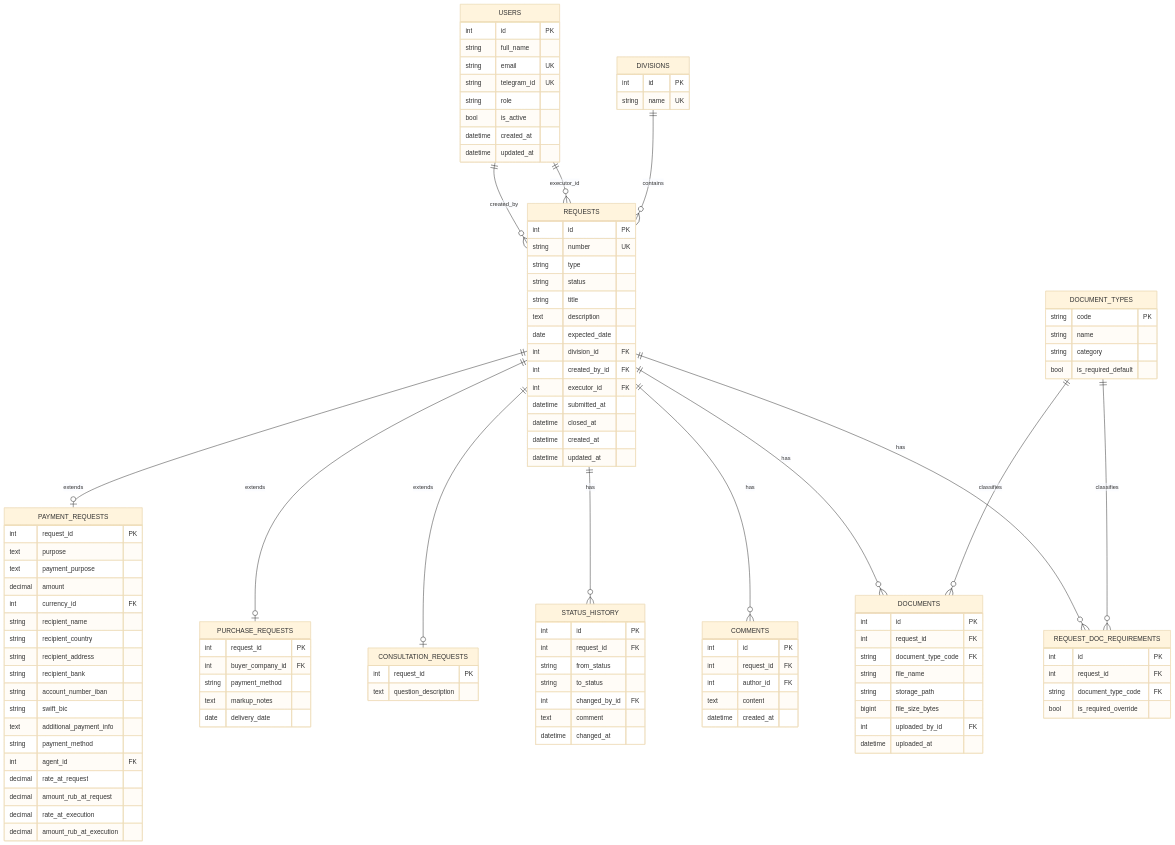
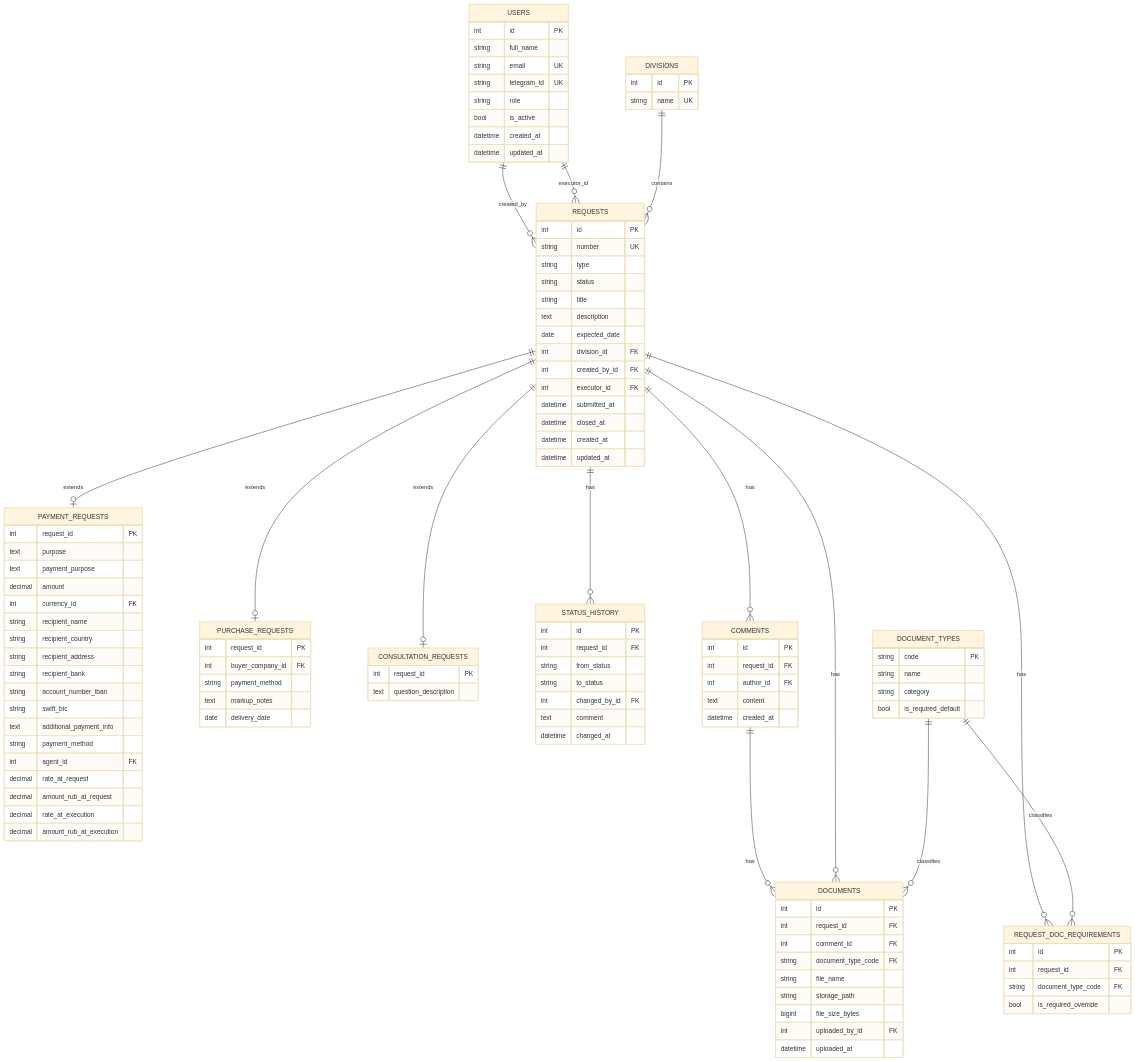
One commit to srg888/PayTracker_Vault changed the first of 2 diagrams in 06. Данные/ER модель.md. Above: the diagram before and after it, drawn with Mermaid (base theme). The commit also changed 4 other files, not shown here.

```diff
--- a/06. Данные/ER модель.md
+++ b/06. Данные/ER модель.md
@@ -18,6 +18,7 @@
   REQUESTS ||--o| CONSULTATION_REQUESTS : extends
   REQUESTS ||--o{ STATUS_HISTORY : has
   REQUESTS ||--o{ COMMENTS : has
+  COMMENTS ||--o{ DOCUMENTS : has
   REQUESTS ||--o{ DOCUMENTS : has
   REQUESTS ||--o{ REQUEST_DOC_REQUIREMENTS : has
   DOCUMENT_TYPES ||--o{ DOCUMENTS : classifies
@@ -109,6 +110,7 @@
   DOCUMENTS {
     int id PK
     int request_id FK
+    int comment_id FK
     string document_type_code FK
     string file_name
     string storage_path
```
